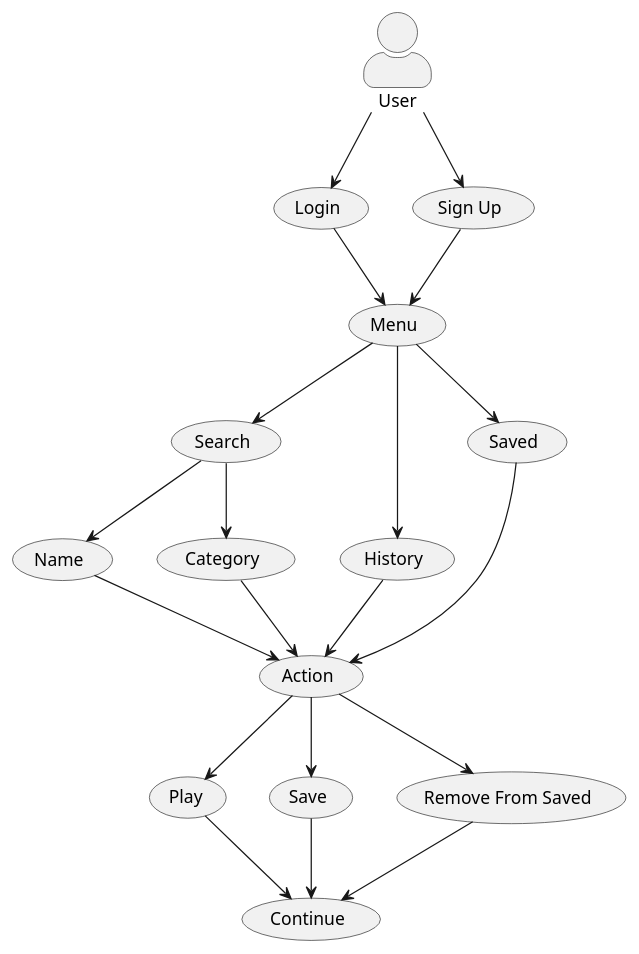
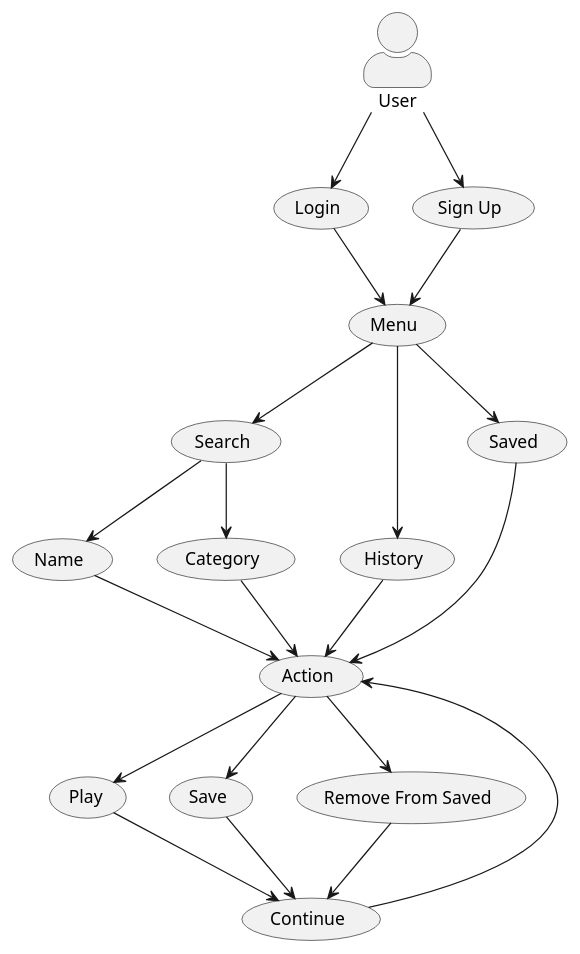
One commit to Gervig/SP3-Gruppe-C changed the diagram in doc/Plan/static/usecase.puml. Above: the diagram before and after it, drawn with PlantUML. The commit also changed 1 other file, not shown here.

```diff
--- a/doc/Plan/static/usecase.puml
+++ b/doc/Plan/static/usecase.puml
@@ -1,26 +1,27 @@
 @startuml
 'https://plantuml.com/use-case-diagram
 
 
 skinparam actorStyle awesome
 :User: --> (Login)
 :User: --> (Sign Up)
 (Sign Up) --> (Menu)
 (Login) --> (Menu)
 (Menu) --> (Search)
 (Menu) --> (History)
 (Menu) --> (Saved)
 (Search) --> (Name)
 (Search) --> (Category)
 (Name) --> (Action)
 (Category) --> (Action)
 (History) --> (Action)
 (Saved) --> (Action)
 (Action) --> (Play)
 (Action) --> (Save)
 (Action) --> (Remove From Saved)
 (Play) --> (Continue)
 (Save) --> (Continue)
 (Remove From Saved) --> (Continue)
+(Continue) --> (Action)
 
 @enduml
```
